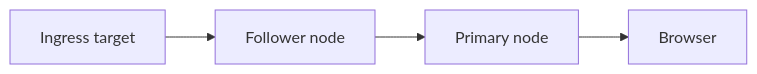
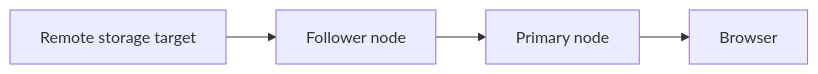
One commit to EleProCoress/AsterDrive changed the third of 4 diagrams in docs/en/storage/remote-follower.md. Above: the diagram before and after it, drawn with Mermaid. The commit also changed other lines of this file and 61 other files, not shown here.

````diff
--- a/docs/en/storage/remote-follower.md
+++ b/docs/en/storage/remote-follower.md
@@ -172,4 +173,4 @@
 ```mermaid
 flowchart LR
-  Ingress["Ingress target"] --> Follower["Follower node"] --> Primary["Primary node"] --> Browser["Browser"]
+  Target["Remote storage target"] --> Follower["Follower node"] --> Primary["Primary node"] --> Browser["Browser"]
 ```
````
